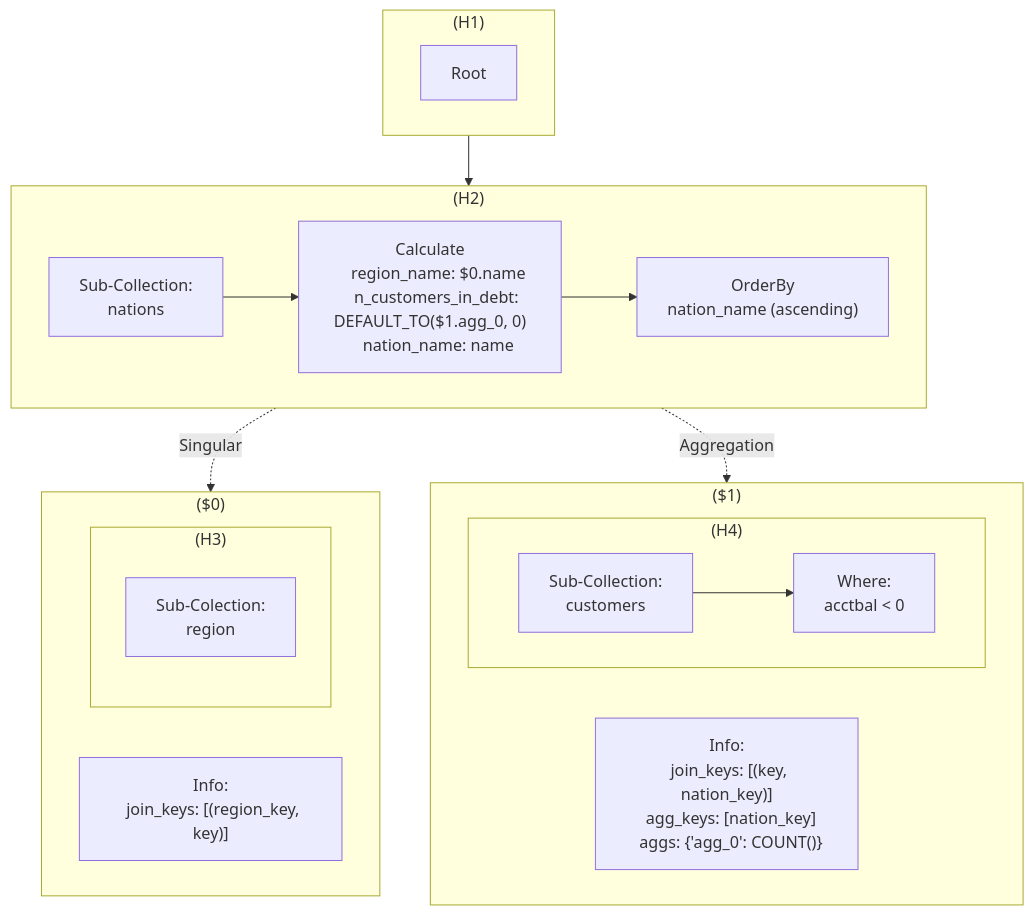
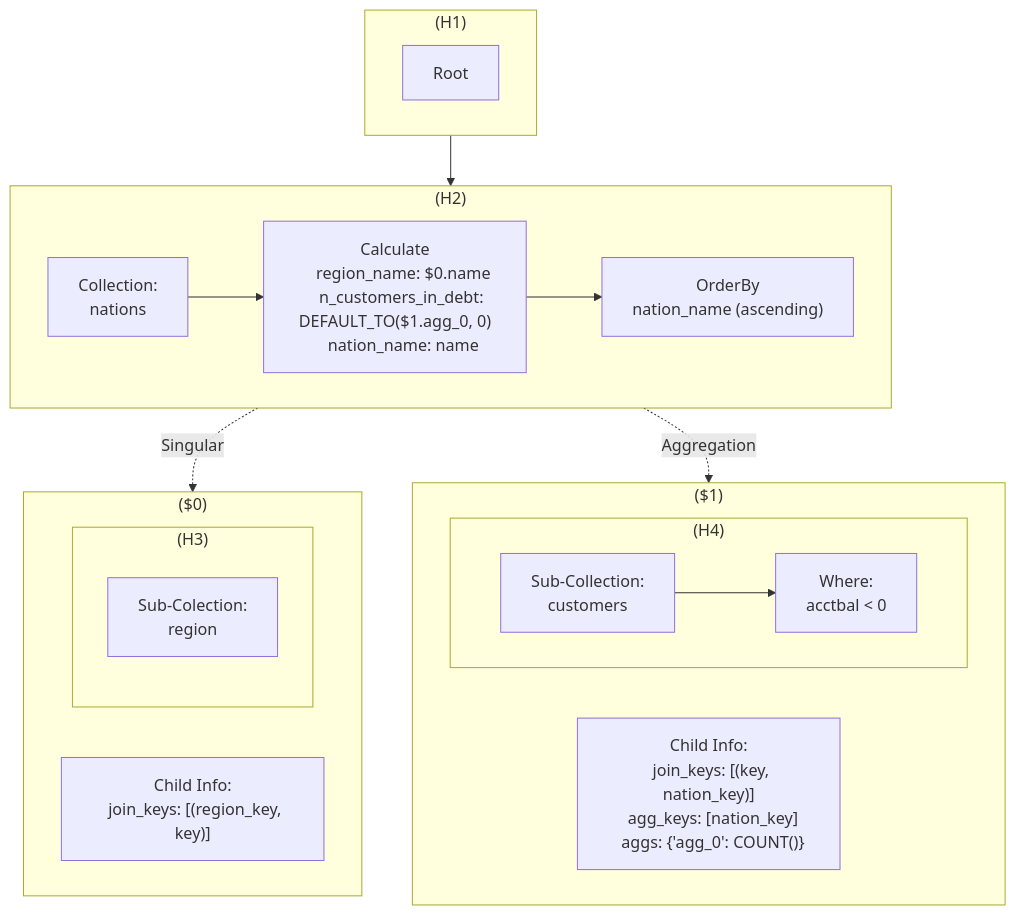
Before and after one commit to bodo-ai/PyDough: the third of 4 diagrams in documentation/ir.md, drawn with Mermaid. The commit also changed other lines of this file, not shown here.

````diff
--- a/documentation/ir.md
+++ b/documentation/ir.md
@@ -177,46 +177,46 @@
 ```mermaid
 flowchart TD
   subgraph L1["(H1)"]
   A[Root]
   end
   subgraph L2["(H2)"]
   direction LR
-    B[Sub-Collection:
+    B[Collection:
     nations]
     C["Calculate
     region_name: $0.name
     n_customers_in_debt: DEFAULT_TO($1.agg_0, 0)
     nation_name: name
     "]
     D["OrderBy
     nation_name (ascending)"]
     B --> C --> D
   end
   subgraph L4c["($1)"]
   subgraph L4["(H4)"]
   direction LR
   R[Sub-Collection:
   customers]
   S[Where:
   acctbal < 0]
   R --> S
   end
-  T["Info:
+  T["Child Info:
   join_keys: [(key, nation_key)]
   agg_keys: [nation_key]
   aggs: {'agg_0': COUNT()}
   "]
   end
   subgraph L3c["($0)"]
   subgraph L3["(H3)"]
   Q[Sub-Colection:
   region]
   end
-  U["Info:
+  U["Child Info:
   join_keys: [(region_key, key)]
   "]
   end
   L1 --> L2
   L2 -.->|Singular| L3c
   L2 -.->|Aggregation| L4c
 ```
````
